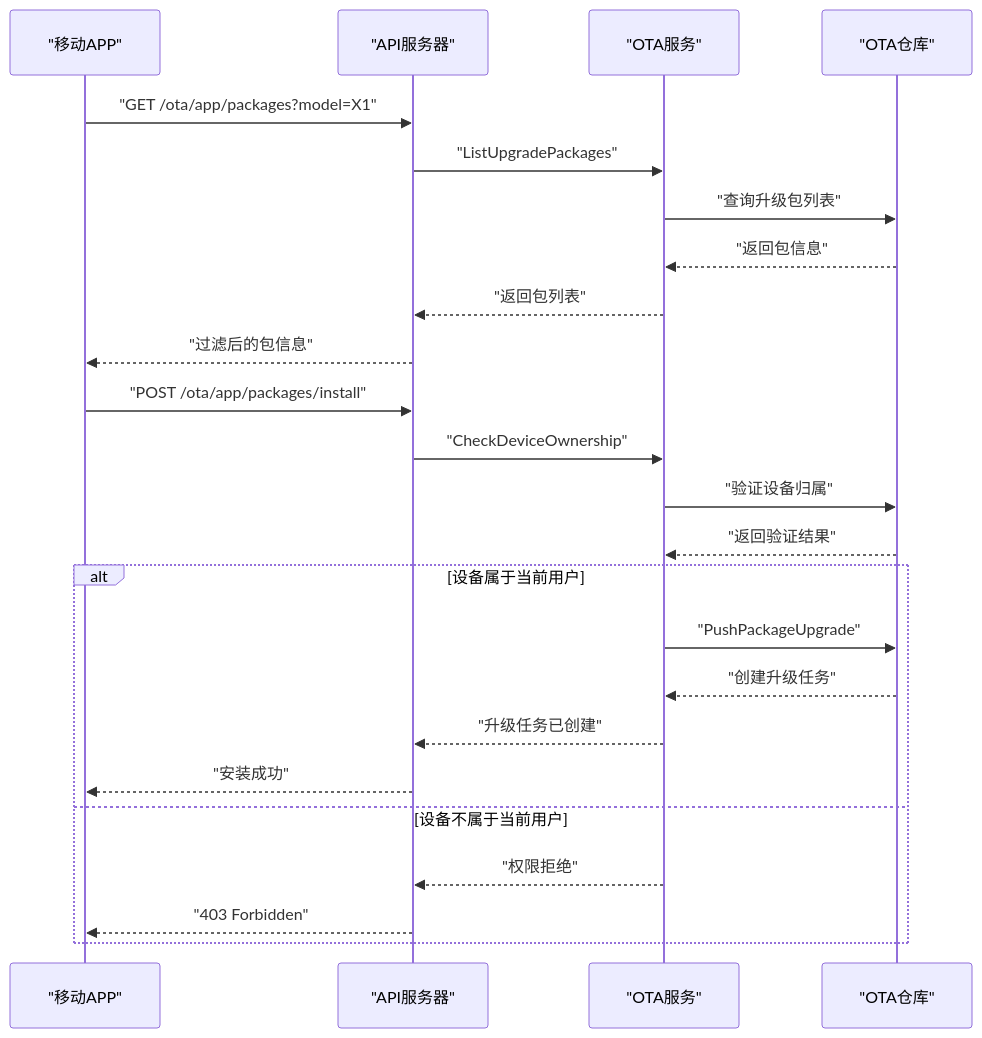
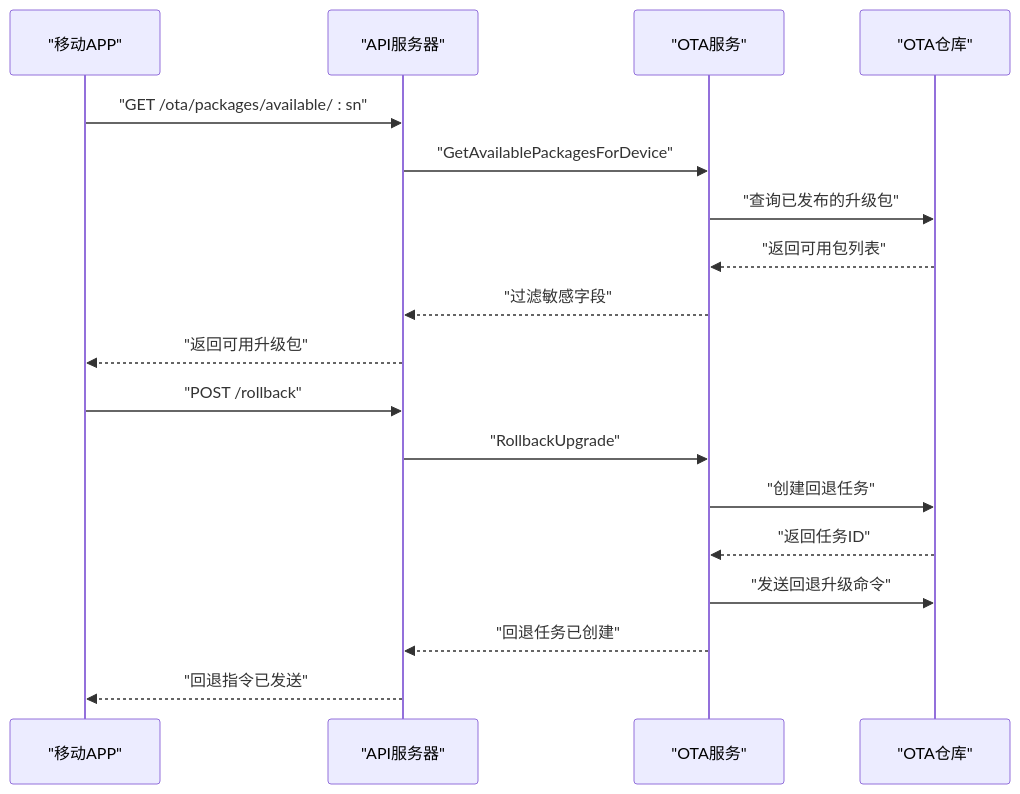
Before and after one commit to mcmrzy/cs_inv_monitor-develop: the sixth of 12 diagrams in .qoder/repowiki/zh/content/API参考文档/OTA升级API.md, drawn with Mermaid. The commit also changed other lines of this file and 28 other files, not shown here.

````diff
--- a/.qoder/repowiki/zh/content/API参考文档/OTA升级API.md
+++ b/.qoder/repowiki/zh/content/API参考文档/OTA升级API.md
@@ -274,26 +295,20 @@
 ```mermaid
 sequenceDiagram
 participant App as "移动APP"
 participant API as "API服务器"
 participant Service as "OTA服务"
 participant Repo as "OTA仓库"
-App->>API : "GET /ota/app/packages?model=X1"
-API->>Service : "ListUpgradePackages"
-Service->>Repo : "查询升级包列表"
-Repo-->>Service : "返回包信息"
-Service-->>API : "返回包列表"
-API-->>App : "过滤后的包信息"
-App->>API : "POST /ota/app/packages/install"
-API->>Service : "CheckDeviceOwnership"
-Service->>Repo : "验证设备归属"
-Repo-->>Service : "返回验证结果"
-alt 设备属于当前用户
-Service->>Repo : "PushPackageUpgrade"
-Repo-->>Service : "创建升级任务"
-Service-->>API : "升级任务已创建"
-API-->>App : "安装成功"
-else 设备不属于当前用户
-Service-->>API : "权限拒绝"
-API-->>App : "403 Forbidden"
-end
+App->>API : "GET /ota/packages/available/ : sn"
+API->>Service : "GetAvailablePackagesForDevice"
+Service->>Repo : "查询已发布的升级包"
+Repo-->>Service : "返回可用包列表"
+Service-->>API : "过滤敏感字段"
+API-->>App : "返回可用升级包"
+App->>API : "POST /rollback"
+API->>Service : "RollbackUpgrade"
+Service->>Repo : "创建回退任务"
+Repo-->>Service : "返回任务ID"
+Service->>Repo : "发送回退升级命令"
+Service-->>API : "回退任务已创建"
+API-->>App : "回退指令已发送"
 ```
````
